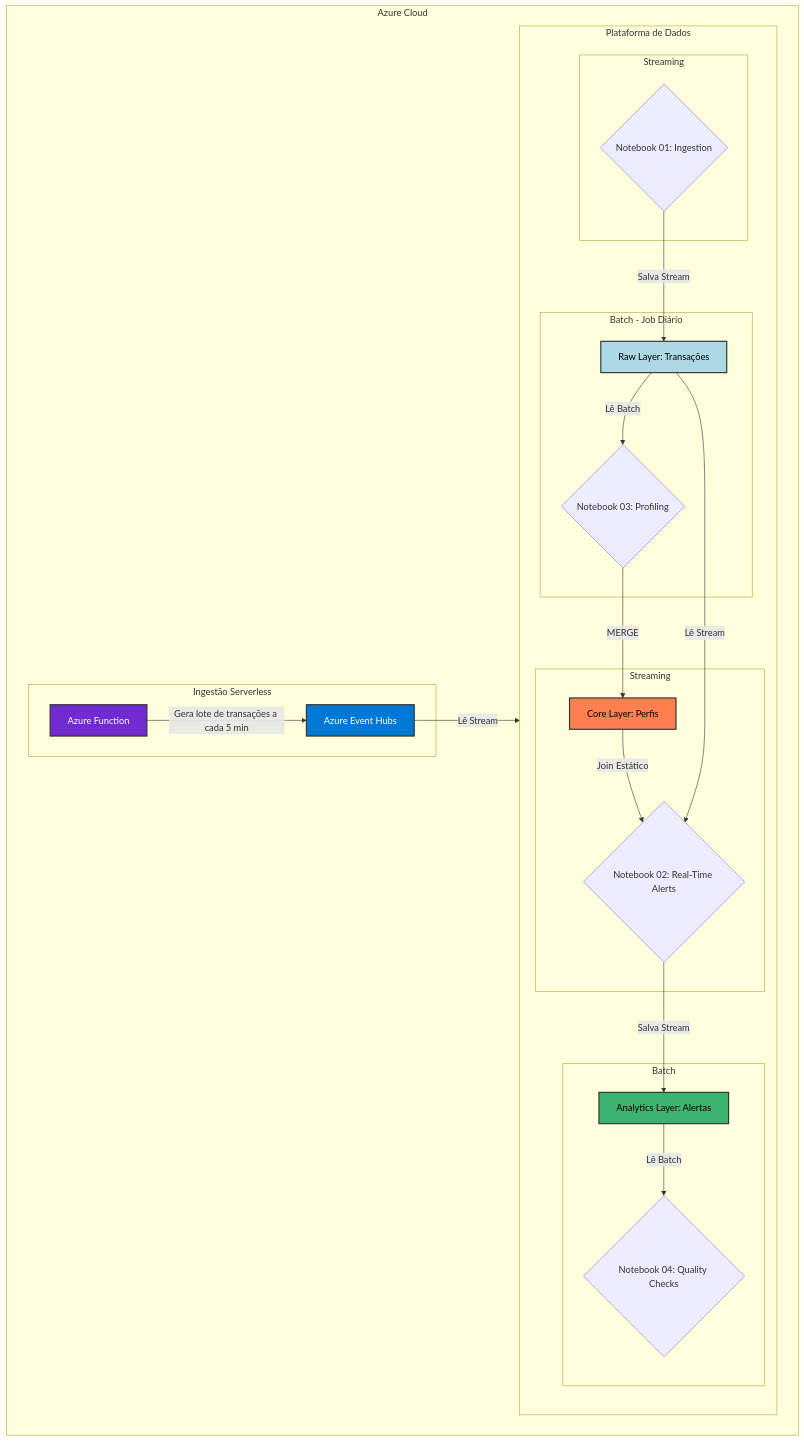
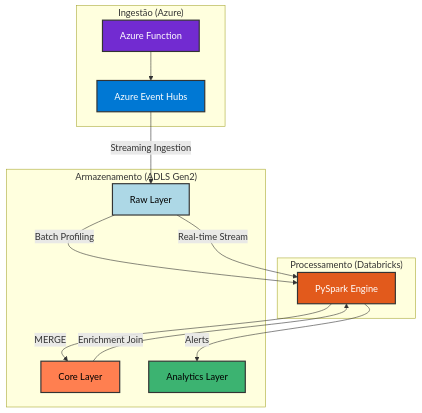
The diagram in README.md (marcodelph/databricks-card), drawn with Mermaid before and after one commit.

````diff
--- a/README.md
+++ b/README.md
@@ -32,40 +32,37 @@
 ```mermaid
 graph TD
-    subgraph Azure Cloud
-        direction LR
-        subgraph Ingestão Serverless
-            A[Azure Function] -- Gera lote de transações a cada 5 min --> B[Azure Event Hubs];
-        end
-        
-        subgraph Databricks [Plataforma de Dados]
-            direction TB
-            
-            subgraph Pipeline de Ingestão [Streaming]
-                B -- Lê Stream --> C{Notebook 01: Ingestion};
-            end
-
-            subgraph Pipeline de Alertas [Streaming]
-                F[Core Layer: Perfis] -- Join Estático --> G{Notebook 02: Real-Time Alerts};
-            end
-
-            subgraph Pipeline de Perfis [Batch - Job Diário]
-                 E -- Lê Batch --> D{Notebook 03: Profiling};
-            end
-            
-            subgraph Pipeline de Qualidade [Batch]
-                H[Analytics Layer: Alertas] -- Lê Batch --> I{Notebook 04: Quality Checks};
-            end
-
-            C -- Salva Stream --> E[Raw Layer: Transações];
-            D -- MERGE --> F;
-            E -- Lê Stream --> G;
-            G -- Salva Stream --> H;
-        end
+    subgraph "Ingestão (Azure)"
+        A[Azure Function] --> B[Azure Event Hubs];
     end
 
-    style A fill:#722bd1,stroke:#333,stroke-width:2px,color:#fff
-    style B fill:#0078D4,stroke:#333,stroke-width:2px,color:#fff
-    style E fill:#add8e6,stroke:#333,stroke-width:2px,color:#000
-    style F fill:#ff7f50,stroke:#333,stroke-width:2px,color:#000
-    style H fill:#3cb371,stroke:#333,stroke-width:2px,color:#000
+    subgraph "Processamento (Databricks)"
+        P[PySpark Engine]
+    end
+
+    subgraph "Armazenamento (ADLS Gen2)"
+        E[Raw Layer]
+        F[Core Layer]
+        H[Analytics Layer]
+    end
+
+    B -- "Streaming Ingestion" --> E;
+    E -- "Batch Profiling" --> P;
+    P -- "MERGE" --> F;
+    E -- "Real-time Stream" --> P;
+    F -- "Enrichment Join" --> P;
+    P -- "Alerts" --> H;
+    
+    classDef ingest fill:#722bd1,stroke:#333,stroke-width:2px,color:#fff;
+    classDef buffer fill:#0078D4,stroke:#333,stroke-width:2px,color:#fff;
+    classDef databricks fill:#E25A1C,stroke:#333,stroke-width:2px,color:#fff;
+    classDef raw fill:#add8e6,stroke:#333,stroke-width:2px,color:#000;
+    classDef core fill:#ff7f50,stroke:#333,stroke-width:2px,color:#000;
+    classDef analytics fill:#3cb371,stroke:#333,stroke-width:2px,color:#000;
+
+    class A ingest;
+    class B buffer;
+    class P databricks;
+    class E raw;
+    class F core;
+    class H analytics;
 ```
````
